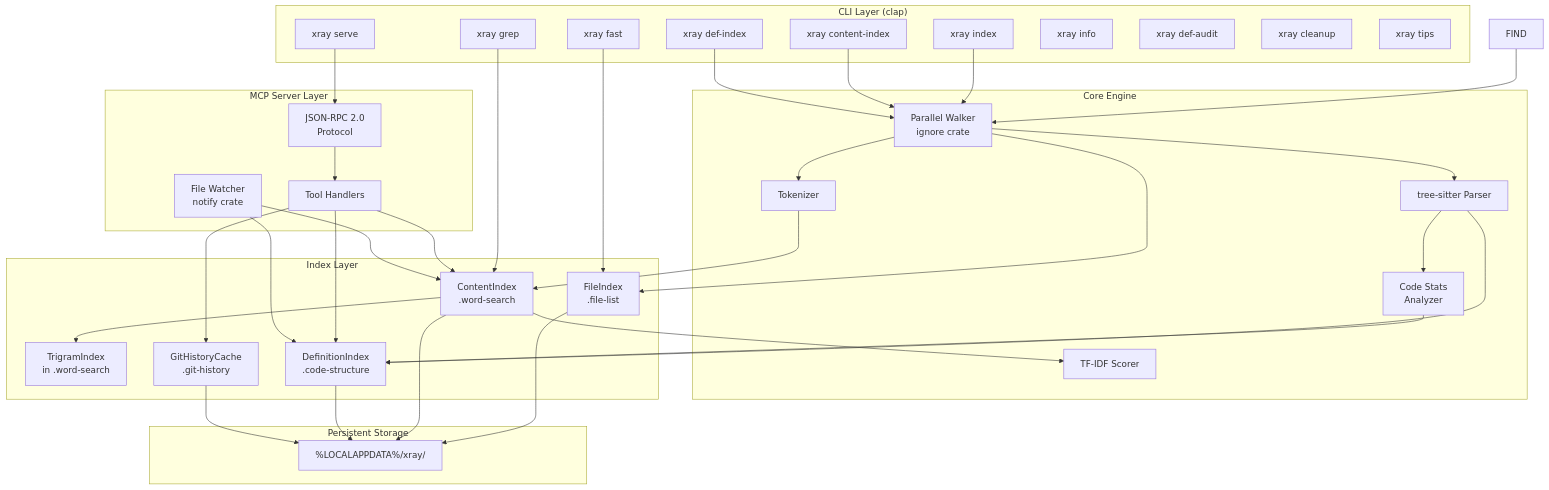
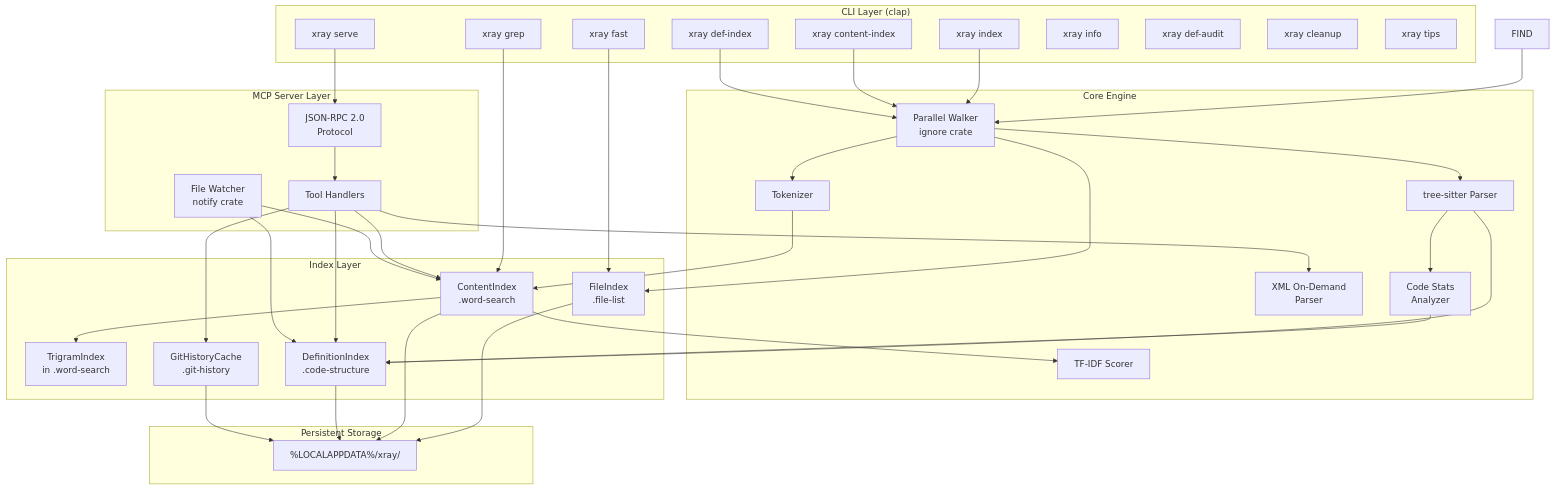
The first of 9 diagrams in docs/architecture.md (pustynsky/xray), drawn with Mermaid before and after one commit. The commit also changed other lines of this file and 11 other files, not shown here.

````diff
--- a/docs/architecture.md
+++ b/docs/architecture.md
@@ -7,59 +7,61 @@
 ```mermaid
 graph TB
     subgraph CLI["CLI Layer (clap)"]
         INDEX[xray index]
         FAST[xray fast]
         CIDX[xray content-index]
         GREP[xray grep]
         DIDX[xray def-index]
         SERVE[xray serve]
         INFO[xray info]
         DAUD[xray def-audit]
         CLEAN[xray cleanup]
         TIPS[xray tips]
     end
 
     subgraph Core["Core Engine"]
         WALK[Parallel Walker<br/>ignore crate]
         TOK[Tokenizer]
         TFIDF[TF-IDF Scorer]
         TSP[tree-sitter Parser]
+        XMLOD[XML On-Demand<br/>Parser]
         CSTATS[Code Stats<br/>Analyzer]
     end
 
     subgraph Indexes["Index Layer"]
         FI[FileIndex<br/>.file-list]
         CI[ContentIndex<br/>.word-search]
         TRI[TrigramIndex<br/>in .word-search]
         DI[DefinitionIndex<br/>.code-structure]
         GC[GitHistoryCache<br/>.git-history]
     end
 
     subgraph MCP["MCP Server Layer"]
         PROTO[JSON-RPC 2.0<br/>Protocol]
         HAND[Tool Handlers]
         WATCH[File Watcher<br/>notify crate]
     end
 
     subgraph Storage["Persistent Storage"]
         DISK["%LOCALAPPDATA%/xray/"]
     end
 
     FIND --> WALK
     INDEX --> WALK --> FI
     CIDX --> WALK --> TOK --> CI --> TRI
     DIDX --> WALK --> TSP --> DI
     TSP --> CSTATS --> DI
+    HAND --> XMLOD
     FAST --> FI
     GREP --> CI --> TFIDF
     SERVE --> PROTO --> HAND
     HAND --> CI
     HAND --> DI
     HAND --> GC
     WATCH --> CI
     WATCH --> DI
     FI --> DISK
     CI --> DISK
     DI --> DISK
     GC --> DISK
 ```
````
